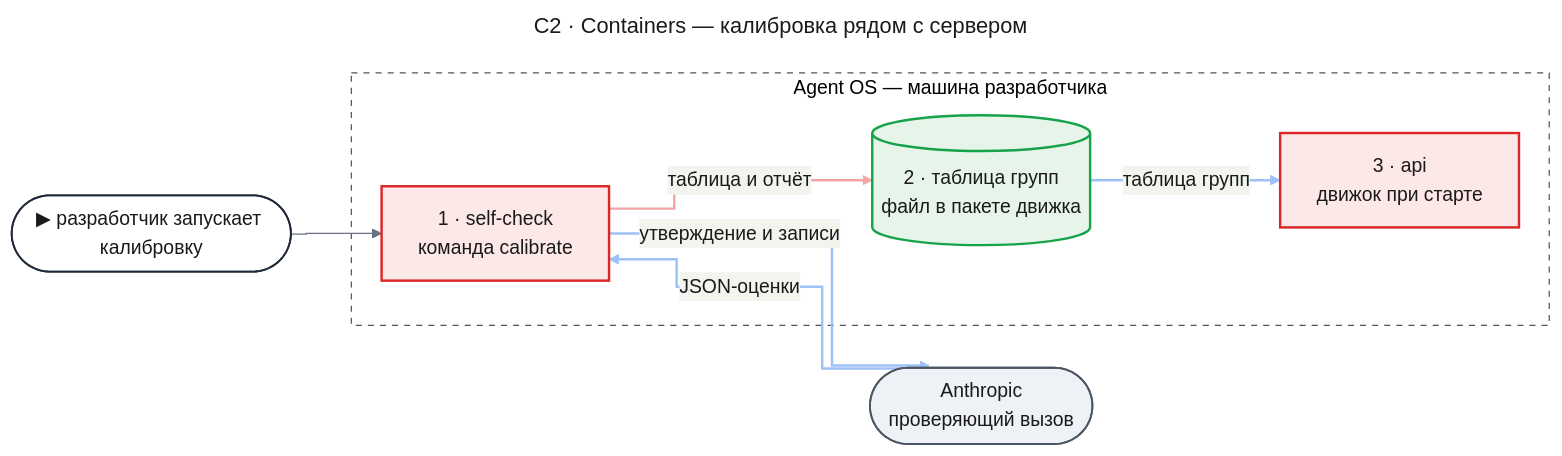
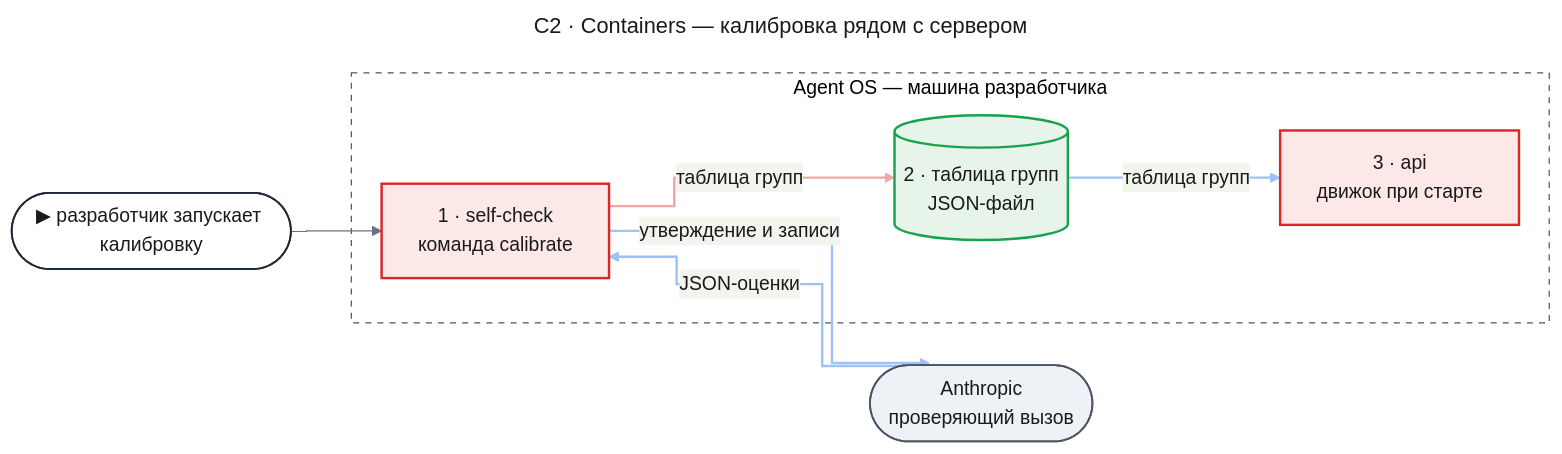
Before and after one commit to tundraray/agent-os: the fourth of 19 diagrams in docs/features/agent-quality/design-engine.md, drawn with Mermaid. The commit also changed other lines of this file and 1 other file, not shown here.

````diff
--- a/docs/features/agent-quality/design-engine.md
+++ b/docs/features/agent-quality/design-engine.md
@@ -343,48 +343,48 @@
 ```mermaid
 ---
 title: "C2 · Containers — калибровка рядом с сервером"
 config:
   theme: base
   look: classic
   themeVariables:
     primaryColor: "#eef1f5"
     primaryBorderColor: "#4b5563"
     primaryTextColor: "#1a1a1a"
     lineColor: "#6b7280"
   flowchart:
     curve: step
   themeCSS: |
     @keyframes litr_c2c{0%,22.5%{stroke:#1d4ed8;stroke-width:6px}25%,100%{stroke:#9ec1f7;stroke-width:2px}}
     @keyframes lit_c2c{0%,22.5%{stroke:#991b1b;stroke-width:6px}25%,100%{stroke:#f4a5a5;stroke-width:2px}}
 ---
 flowchart LR
     entry(["▶ разработчик запускает калибровку"])
     subgraph aos["Agent OS — машина разработчика"]
         sc["1 · self-check<br/>команда calibrate"]
-        table[("2 · таблица групп<br/>файл в пакете движка")]
+        table[("2 · таблица групп<br/>JSON-файл")]
         api["3 · api<br/>движок при старте"]
     end
     anth(["Anthropic<br/>проверяющий вызов"])
     entry --> sc
     sc e1@-->|"утверждение и записи"| anth
     anth e2@-->|"JSON-оценки"| sc
-    sc e3@-->|"таблица и отчёт"| table
+    sc e3@-->|"таблица групп"| table
     table e4@-->|"таблица групп"| api
     classDef entry fill:#ffffff,stroke:#1f2937,stroke-width:1.5px,color:#1a1a1a
     classDef changed fill:#fde8e8,stroke:#dc2626,stroke-width:2px,color:#1a1a1a
     classDef new fill:#e6f4ea,stroke:#16a34a,stroke-width:2px,color:#1a1a1a
     classDef unchanged fill:#eef1f5,stroke:#4b5563,stroke-width:1.5px,color:#1a1a1a
     classDef r1 stroke:#9ec1f7,stroke-width:2px,animation:litr_c2c 4.8s linear 0s infinite
     classDef r2 stroke:#9ec1f7,stroke-width:2px,animation:litr_c2c 4.8s linear 1.2s infinite
     classDef w3 stroke:#f4a5a5,stroke-width:2px,animation:lit_c2c 4.8s linear 2.4s infinite
     classDef r4 stroke:#9ec1f7,stroke-width:2px,animation:litr_c2c 4.8s linear 3.6s infinite
     class entry entry
     class sc,api changed
     class table new
     class anth unchanged
     class e1 r1
     class e2 r2
     class e3 w3
     class e4 r4
     style aos fill:none,stroke:#4b5563,stroke-dasharray:5 5
 ```
````
